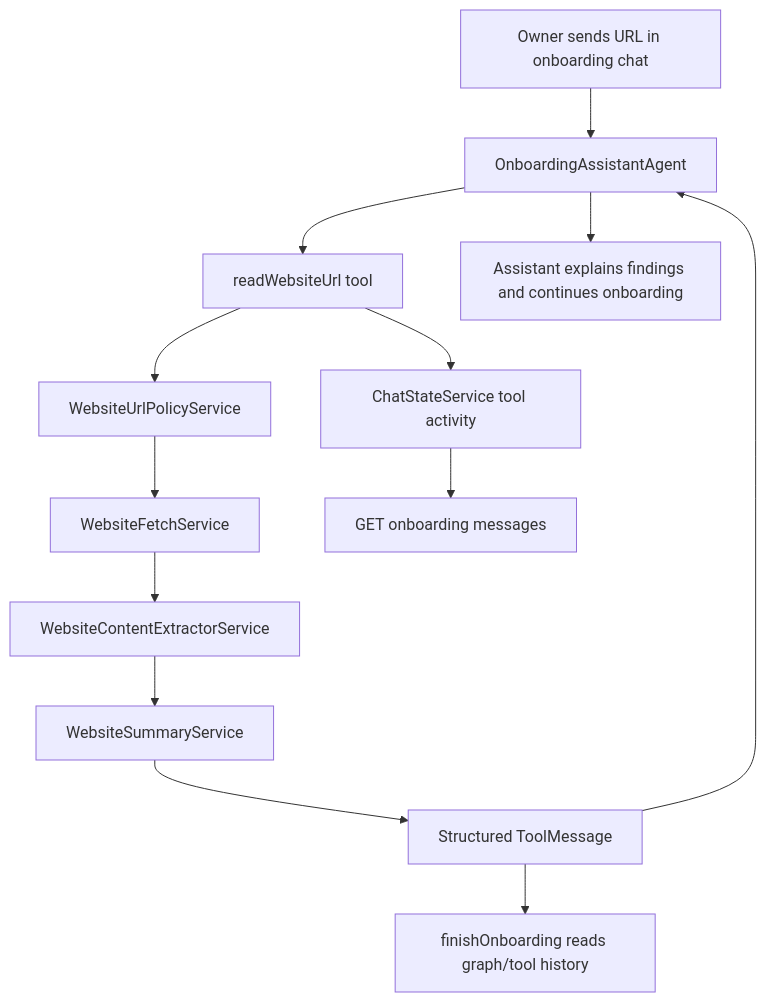
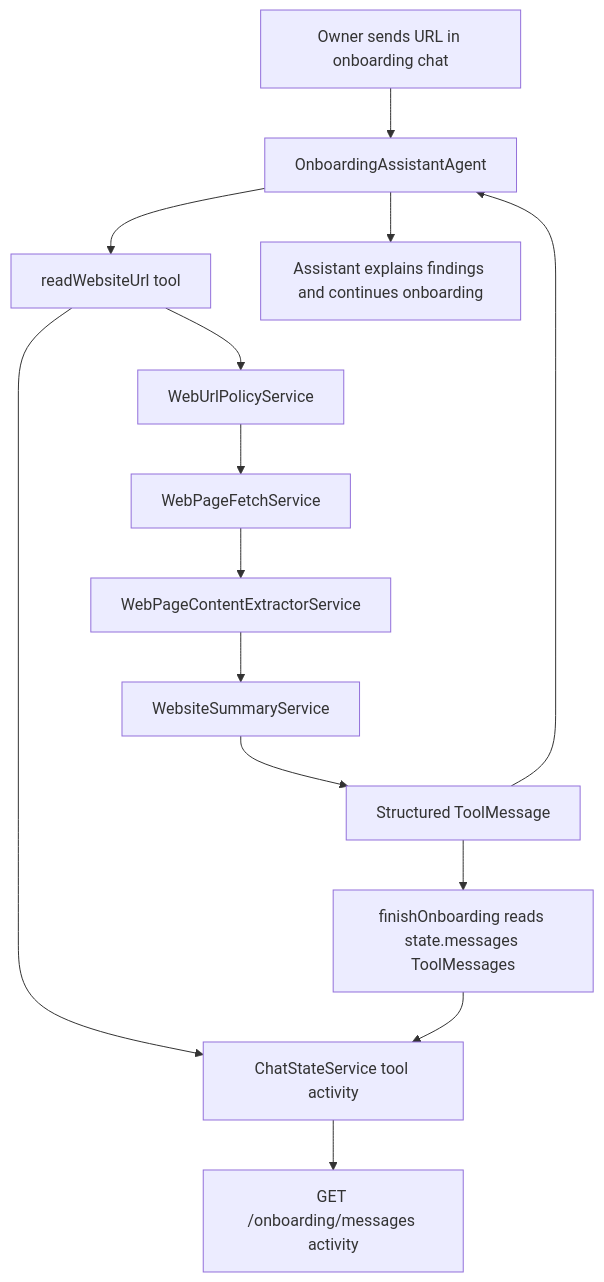
One commit to leonakao/secretary-assistant changed the diagram in api/.specs/features/onboarding-website-ingestion/design.md. Above: the diagram before and after it, drawn with Mermaid. The commit also changed other lines of this file and 6 other files, not shown here.

Commit message:
docs: plan onboarding website URL reading

````diff
--- a/api/.specs/features/onboarding-website-ingestion/design.md
+++ b/api/.specs/features/onboarding-website-ingestion/design.md
@@ -26,15 +22,16 @@
 ```mermaid
 graph TD
     A[Owner sends URL in onboarding chat] --> B[OnboardingAssistantAgent]
     B --> C[readWebsiteUrl tool]
-    C --> D[WebsiteUrlPolicyService]
-    D --> E[WebsiteFetchService]
-    E --> F[WebsiteContentExtractorService]
+    C --> D[WebUrlPolicyService]
+    D --> E[WebPageFetchService]
+    E --> F[WebPageContentExtractorService]
     F --> G[WebsiteSummaryService]
     G --> H[Structured ToolMessage]
     H --> B
-    B --> J[Assistant explains findings and continues onboarding]
-    H --> K[finishOnboarding reads graph/tool history]
-    C --> L[ChatStateService tool activity]
-    L --> M[GET onboarding messages]
+    B --> I[Assistant explains findings and continues onboarding]
+    H --> J[finishOnboarding reads state.messages ToolMessages]
+    C --> K[ChatStateService tool activity]
+    J --> K
+    K --> L[GET /onboarding/messages activity]
 ```
````
